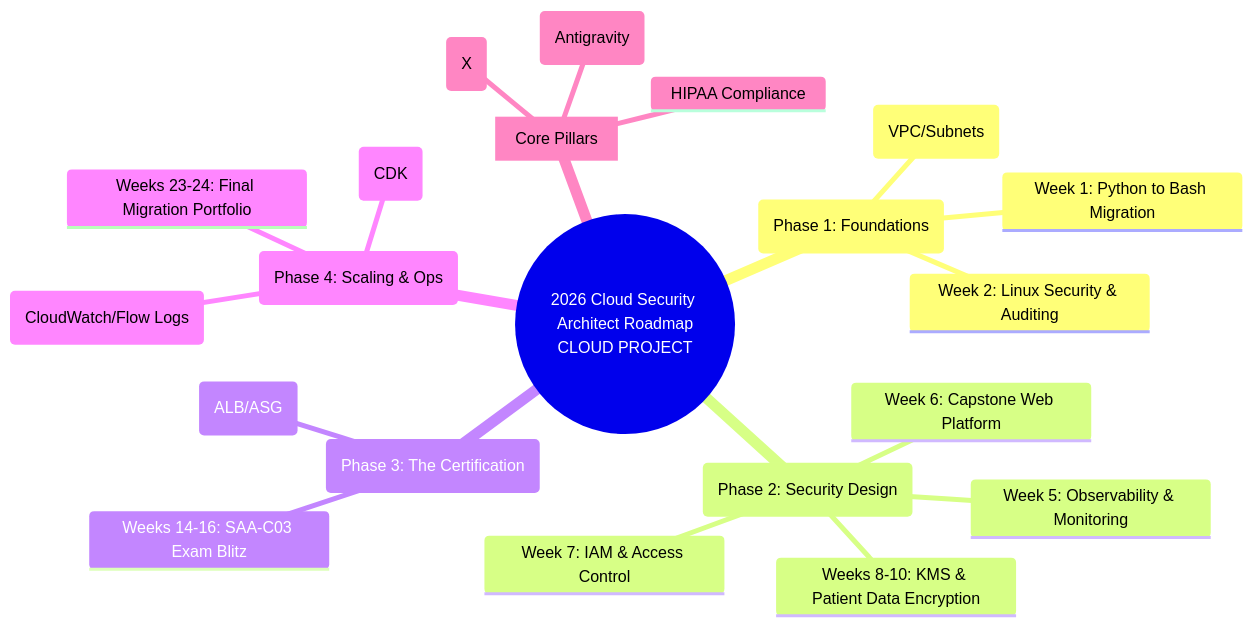
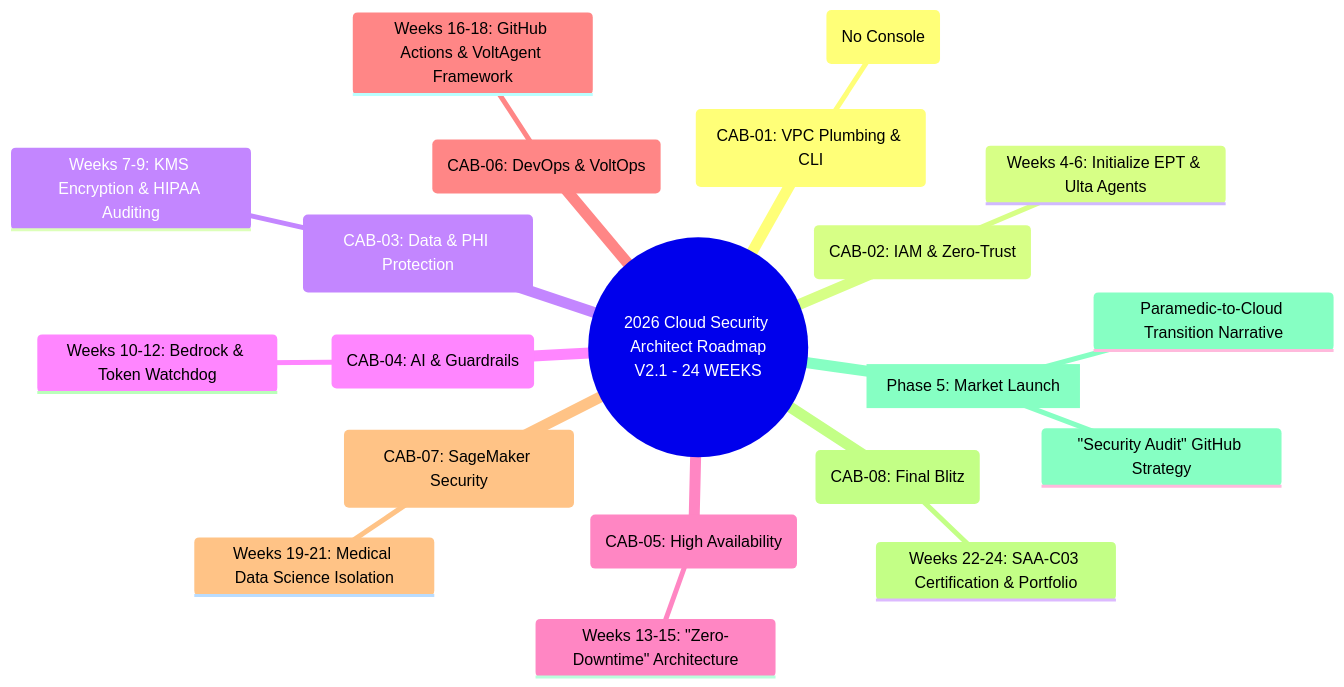
The diagram in MINDMAP.md (2SMOGss/2026-Cloud-Security-Architect-Roadmap), drawn with Mermaid before and after one commit. The commit also changed 385 other files, not shown here.

Commit message:
feat: Agentic Architecture And Workflow Refactor. Completed CAB-04 and refactored video generation pipeline.

````diff
--- a/MINDMAP.md
+++ b/MINDMAP.md
@@ -1,29 +1,32 @@
 ```mermaid
 mindmap
-  root((2026 Cloud Security Architect Roadmap<br/>CLOUD PROJECT))
-    (Phase 1: Foundations)
+  root((2026 Cloud Security Architect Roadmap<br/>V2.1 - 24 WEEKS))
+    (CAB-01: VPC Plumbing & CLI)
       ::icon(fa fa-terminal)
-      Week 1: Python to Bash Migration
-      Week 2: Linux Security & Auditing
-      Weeks 3-4: Networking Core (VPC/Subnets)
-    (Phase 2: Security Design)
+      Weeks 1-3: 3-Tier VPC via Bash (No Console)
+    (CAB-02: IAM & Zero-Trust)
       ::icon(fa fa-shield-halved)
-      Week 5: Observability & Monitoring
-      Week 6: Capstone Web Platform
-      Week 7: IAM & Access Control
-      Weeks 8-10: KMS & Patient Data Encryption
-    (Phase 3: The Certification)
+      Weeks 4-6: Initialize EPT & Ulta Agents
+    (CAB-03: Data & PHI Protection)
+      ::icon(fa fa-lock)
+      Weeks 7-9: KMS Encryption & HIPAA Auditing
+    (CAB-04: AI & Guardrails)
+      ::icon(fa fa-robot)
+      Weeks 10-12: Bedrock & Token Watchdog
+    (CAB-05: High Availability)
+      ::icon(fa fa-server)
+      Weeks 13-15: "Zero-Downtime" Architecture
+    (CAB-06: DevOps & VoltOps)
+      ::icon(fa fa-code-commit)
+      Weeks 16-18: GitHub Actions & VoltAgent Framework
+    (CAB-07: SageMaker Security)
+      ::icon(fa fa-brain)
+      Weeks 19-21: Medical Data Science Isolation
+    (CAB-08: Final Blitz)
       ::icon(fa fa-certificate)
-      Weeks 11-13: High Availability (ALB/ASG)
-      Weeks 14-16: SAA-C03 Exam Blitz
-    (Phase 4: Scaling & Ops)
-      ::icon(fa fa-code)
-      Weeks 17-20: Infrastructure as Code (CDK)
-      Weeks 21-22: Monitoring (CloudWatch/Flow Logs)
-      Weeks 23-24: Final Migration Portfolio
-    [Core Pillars]
-      ::icon(fa fa-book)
-      HIPAA Compliance
-      Build in Public (X)
-      AI Agent Supervision (Antigravity)
+      Weeks 22-24: SAA-C03 Certification & Portfolio
+    [Phase 5: Market Launch]
+      ::icon(fa fa-rocket)
+      Paramedic-to-Cloud Transition Narrative
+      "Security Audit" GitHub Strategy
 ```
````
